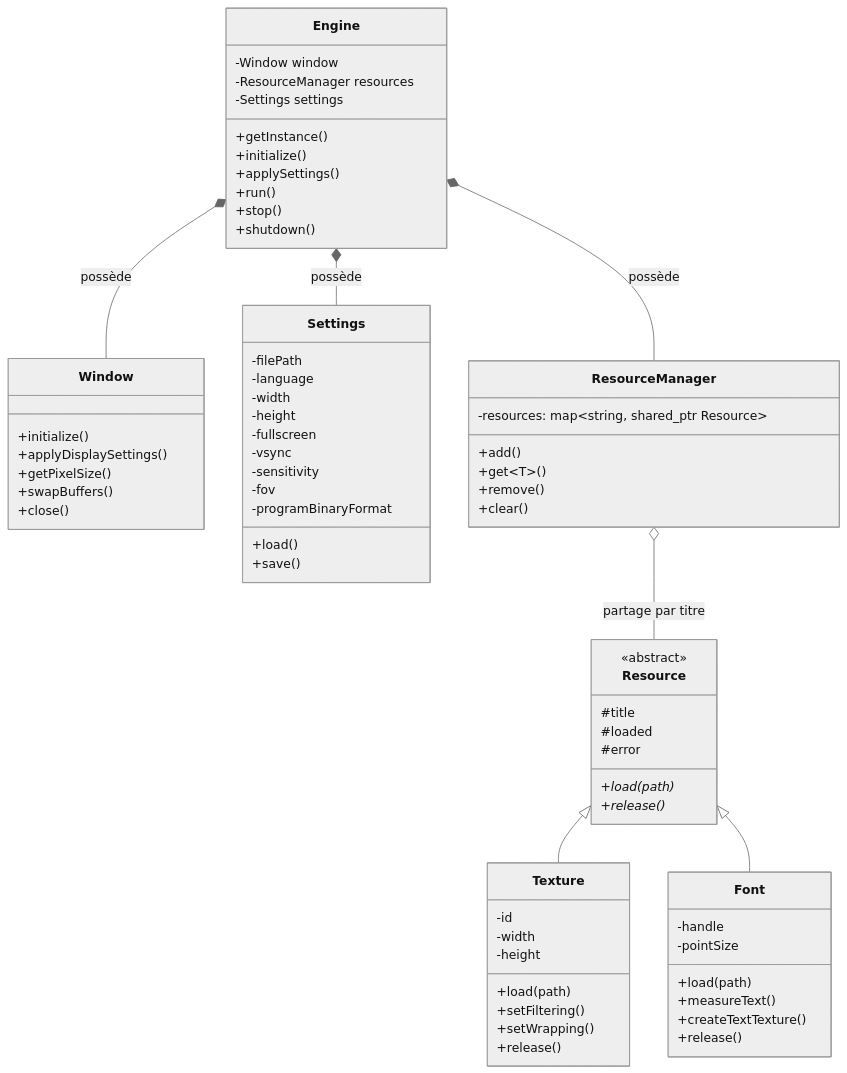
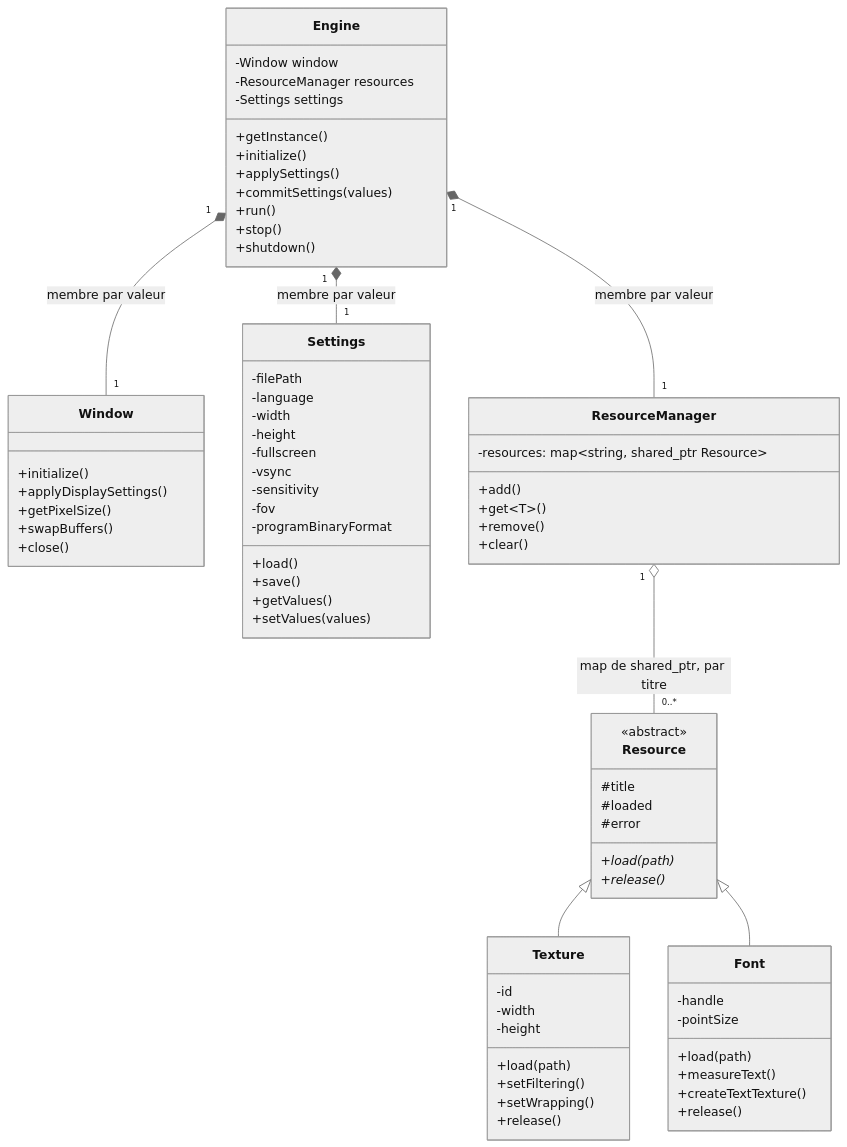
One commit to Edkabe/TP1_JeuVideo changed the first of 3 diagrams in doc/Classes.md. Above: the diagram before and after it, drawn with Mermaid (neutral theme). The commit also changed other lines of this file and 20 other files, not shown here.

````diff
--- a/doc/Classes.md
+++ b/doc/Classes.md
@@ -7,73 +7,76 @@
 ```mermaid
 classDiagram
     class Engine {
         +getInstance()
         +initialize()
         +applySettings()
+        +commitSettings(values)
         +run()
         +stop()
         +shutdown()
         -Window window
         -ResourceManager resources
         -Settings settings
     }
     class Window {
         +initialize()
         +applyDisplaySettings()
         +getPixelSize()
         +swapBuffers()
         +close()
     }
     class Settings {
         -filePath
         -language
         -width
         -height
         -fullscreen
         -vsync
         -sensitivity
         -fov
         -programBinaryFormat
         +load()
         +save()
+        +getValues()
+        +setValues(values)
     }
     class ResourceManager {
         -resources: map~string, shared_ptr Resource~
         +add()
         +get~T~()
         +remove()
         +clear()
     }
     class Resource {
         <<abstract>>
         #title
         #loaded
         #error
         +load(path)*
         +release()*
     }
     class Texture {
         -id
         -width
         -height
         +load(path)
         +setFiltering()
         +setWrapping()
         +release()
     }
     class Font {
         -handle
         -pointSize
         +load(path)
         +measureText()
         +createTextTexture()
         +release()
     }
 
-    Engine *-- Window : possède
-    Engine *-- Settings : possède
-    Engine *-- ResourceManager : possède
-    ResourceManager o-- Resource : partage par titre
+    Engine "1" *-- "1" Window : membre par valeur
+    Engine "1" *-- "1" Settings : membre par valeur
+    Engine "1" *-- "1" ResourceManager : membre par valeur
+    ResourceManager "1" o-- "0..*" Resource : map de shared_ptr, par titre
     Resource <|-- Texture
     Resource <|-- Font
 ```
````
